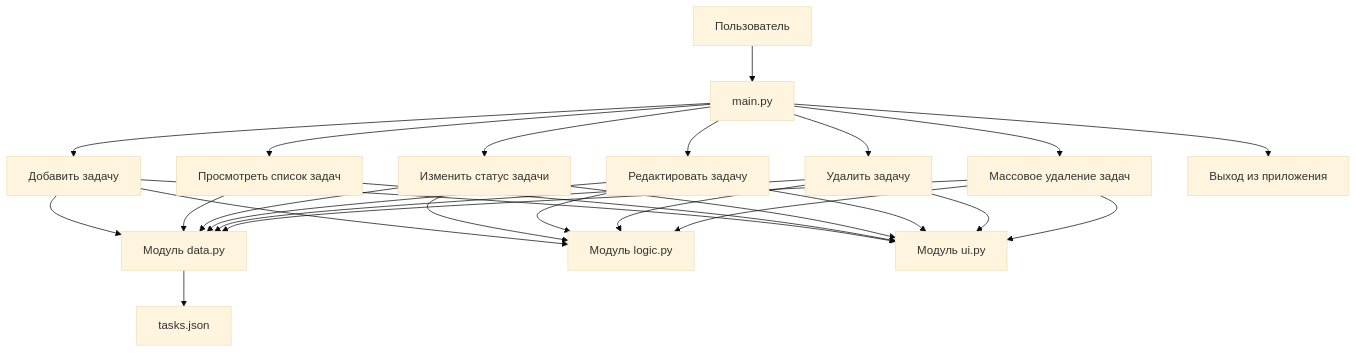
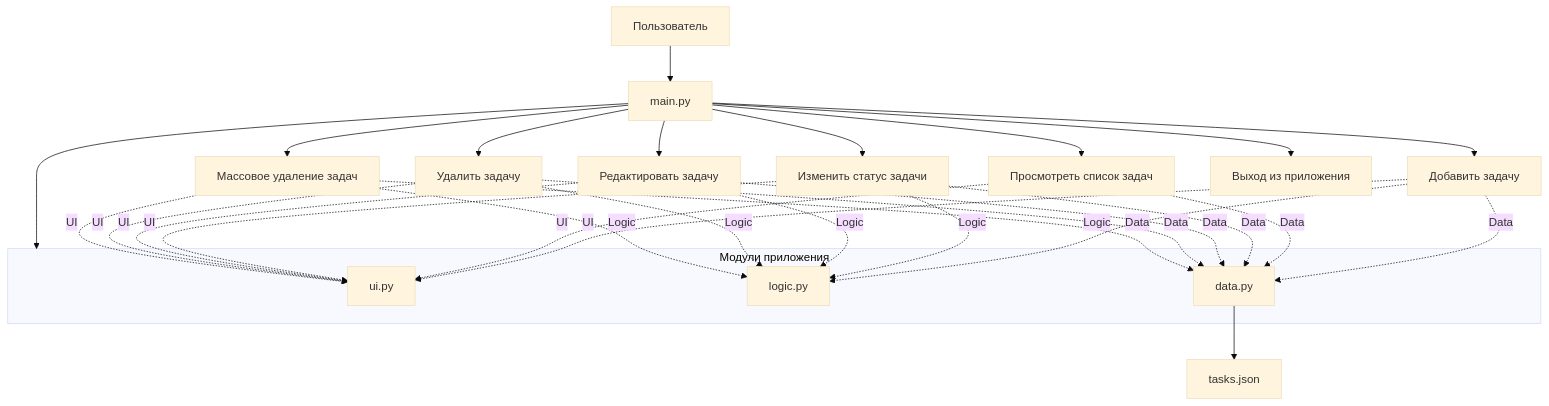
The diagram in uml/use_case.md (Tenshi18/TaskManagerPython), drawn with Mermaid (base theme) before and after one commit.

Commit message:
UML: Update Use case diagram

````diff
--- a/uml/use_case.md
+++ b/uml/use_case.md
@@ -3,33 +3,45 @@
 ```mermaid
 graph TB
     User[Пользователь] --> Main[main.py]
+    
     Main --> UC1[Добавить задачу]
     Main --> UC2[Просмотреть список задач]
     Main --> UC3[Изменить статус задачи]
     Main --> UC4[Редактировать задачу]
     Main --> UC5[Удалить задачу]
     Main --> UC6[Массовое удаление задач]
     Main --> UC7[Выход из приложения]
     
-    UC1 --> DataModule[Модуль data.py]
-    UC2 --> DataModule
-    UC3 --> DataModule
-    UC4 --> DataModule
-    UC5 --> DataModule
-    UC6 --> DataModule
+    subgraph Modules["Модули приложения"]
+        UIModule[ui.py]
+        LogicModule[logic.py]
+        DataModule[data.py]
+    end
     
-    UC1 --> LogicModule[Модуль logic.py]
-    UC3 --> LogicModule
-    UC4 --> LogicModule
-    UC5 --> LogicModule
-    UC6 --> LogicModule
+    Main --> Modules
     
-    UC1 --> UIModule[Модуль ui.py]
-    UC2 --> UIModule
-    UC3 --> UIModule
-    UC4 --> UIModule
-    UC5 --> UIModule
-    UC6 --> UIModule
+    UC1 -.->|UI| UIModule
+    UC1 -.->|Logic| LogicModule
+    UC1 -.->|Data| DataModule
+    
+    UC2 -.->|UI| UIModule
+    UC2 -.->|Data| DataModule
+    
+    UC3 -.->|UI| UIModule
+    UC3 -.->|Logic| LogicModule
+    UC3 -.->|Data| DataModule
+    
+    UC4 -.->|UI| UIModule
+    UC4 -.->|Logic| LogicModule
+    UC4 -.->|Data| DataModule
+    
+    UC5 -.->|UI| UIModule
+    UC5 -.->|Logic| LogicModule
+    UC5 -.->|Data| DataModule
+    
+    UC6 -.->|UI| UIModule
+    UC6 -.->|Logic| LogicModule
+    UC6 -.->|Data| DataModule
     
     DataModule --> JSONFile[tasks.json]
 ```
````
